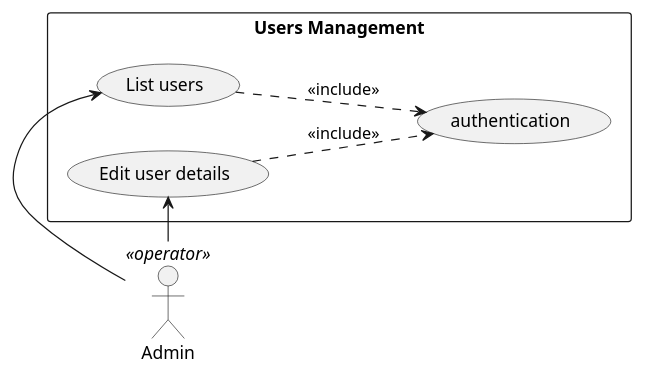
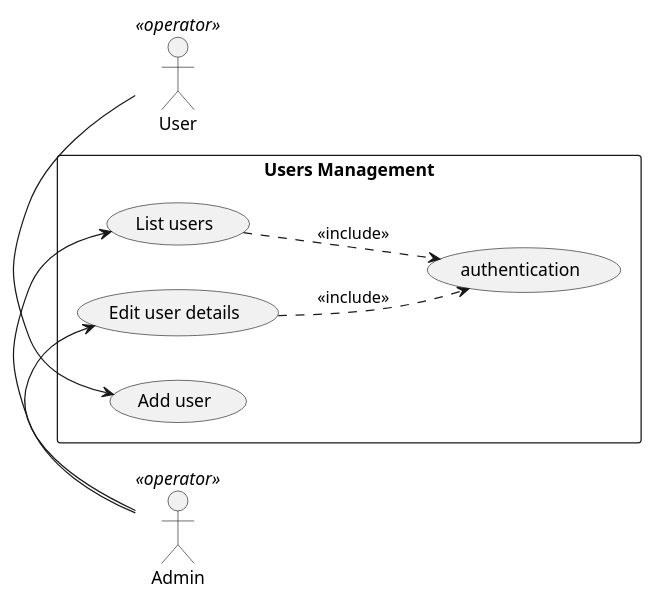
Before and after one commit to Xwyk/todoco: the diagram in diagrams/UseCases/UseCase_UserManagement.puml, drawn with PlantUML. The commit also changed 14 other files, not shown here.

Commit message:
diagrams update

```diff
--- a/diagrams/UseCases/UseCase_UserManagement.puml
+++ b/diagrams/UseCases/UseCase_UserManagement.puml
@@ -1,19 +1,21 @@
 @startuml
 
 left to right direction
 
 Admin    <<operator>> as admin
-
+User     <<operator>> as user
 rectangle "Users Management" {
   (List users) as listUsers
+  (Add user) as addUser
   (Edit user details) as editUser
   (authentication) as auth
 }
 
 admin -> listUsers
 admin -> editUser
+user -> addUser
 
 listUsers ..> auth : <<include>>
 editUser ..> auth : <<include>>
 
 @enduml
```
